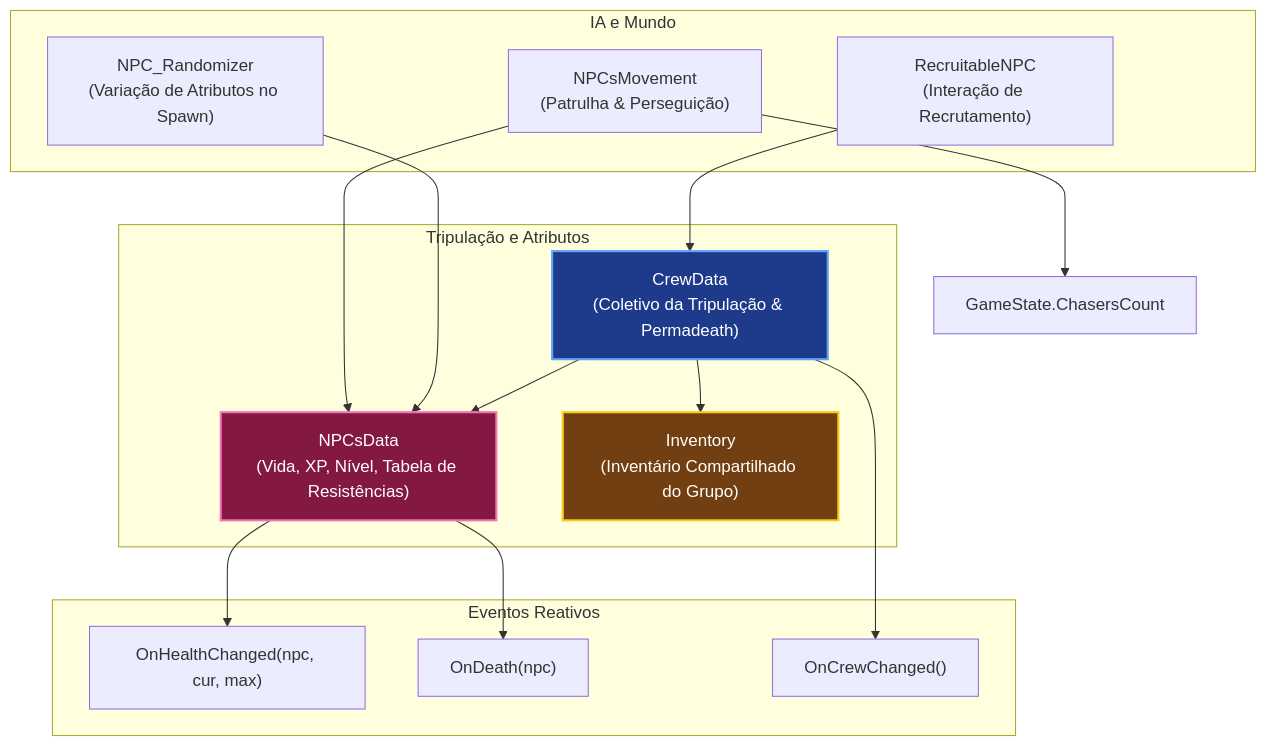
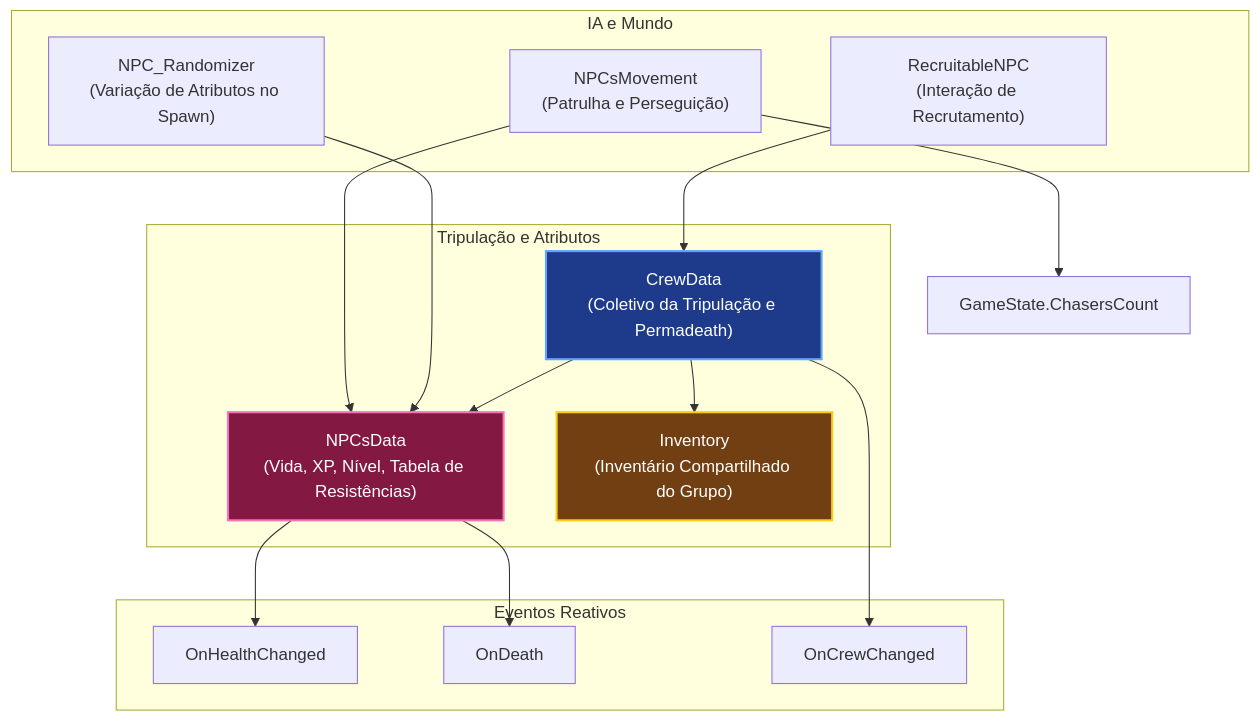
One commit to wasd-ufs/Aegir changed the fifth of 8 diagrams in Assets/Project/Scripts/ARCHITECTURE.md. Above: the diagram before and after it, drawn with Mermaid. The commit also changed other lines of this file, not shown here.

Commit message:
docs(architecture): corrigir sintaxe dos diagramas Mermaid para compatibilidade com GitHub

````diff
--- a/Assets/Project/Scripts/ARCHITECTURE.md
+++ b/Assets/Project/Scripts/ARCHITECTURE.md
@@ -212,36 +213,36 @@
 ```mermaid
 graph TD
-    subgraph IA e Mundo
-        NM["NPCsMovement<br/>(Patrulha & Perseguição)"]
+    subgraph Subgraph_AI ["IA e Mundo"]
+        NM["NPCsMovement<br/>(Patrulha e Perseguição)"]
         RNPC["RecruitableNPC<br/>(Interação de Recrutamento)"]
         NR["NPC_Randomizer<br/>(Variação de Atributos no Spawn)"]
     end
 
-    subgraph Tripulação e Atributos
-        CD["CrewData<br/>(Coletivo da Tripulação & Permadeath)"]
+    subgraph Subgraph_Crew ["Tripulação e Atributos"]
+        CD["CrewData<br/>(Coletivo da Tripulação e Permadeath)"]
         NPC["NPCsData<br/>(Vida, XP, Nível, Tabela de Resistências)"]
         INV["Inventory<br/>(Inventário Compartilhado do Grupo)"]
     end
 
-    subgraph Eventos Reativos
-        E1["OnHealthChanged(npc, cur, max)"]
-        E2["OnDeath(npc)"]
-        E3["OnCrewChanged()"]
+    subgraph Subgraph_Events ["Eventos Reativos"]
+        E1["OnHealthChanged"]
+        E2["OnDeath"]
+        E3["OnCrewChanged"]
     end
 
     NM --> NPC
     NM --> GS["GameState.ChasersCount"]
     RNPC --> CD
     NR --> NPC
 
     CD --> NPC
     CD --> INV
 
     NPC --> E1
     NPC --> E2
     CD --> E3
 
     style CD fill:#1e3a8a,stroke:#60a5fa,stroke-width:2px,color:#fff
     style NPC fill:#831843,stroke:#f472b6,stroke-width:2px,color:#fff
     style INV fill:#713f12,stroke:#facc15,stroke-width:2px,color:#fff
 ```
````
